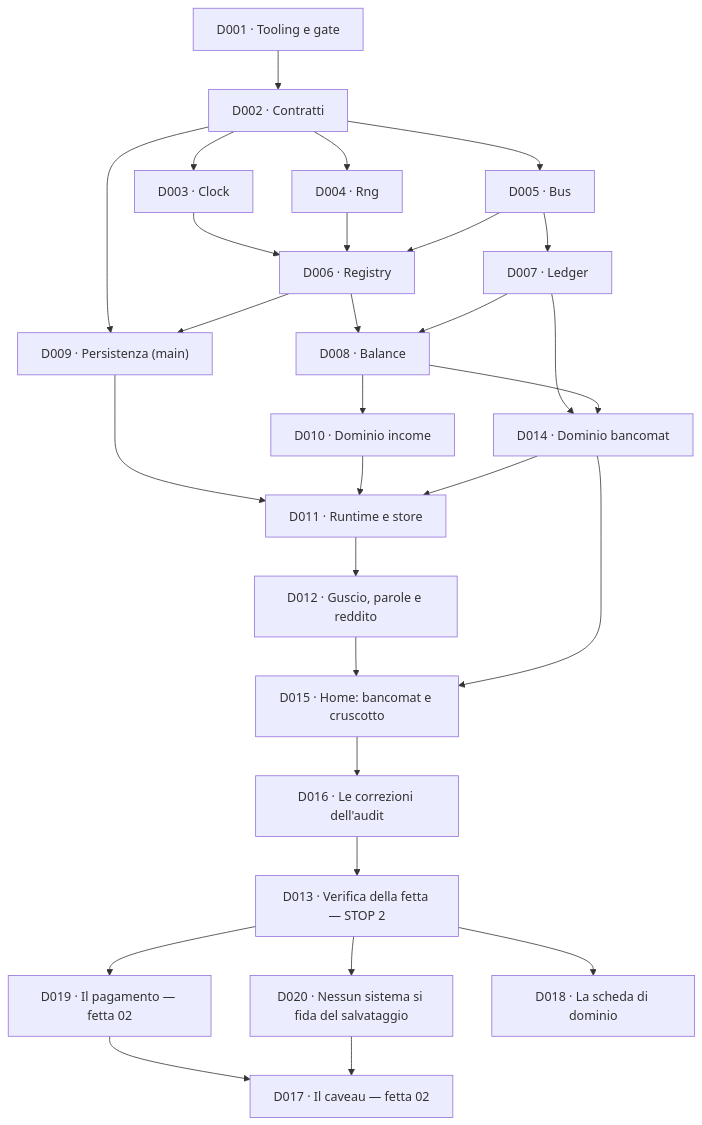
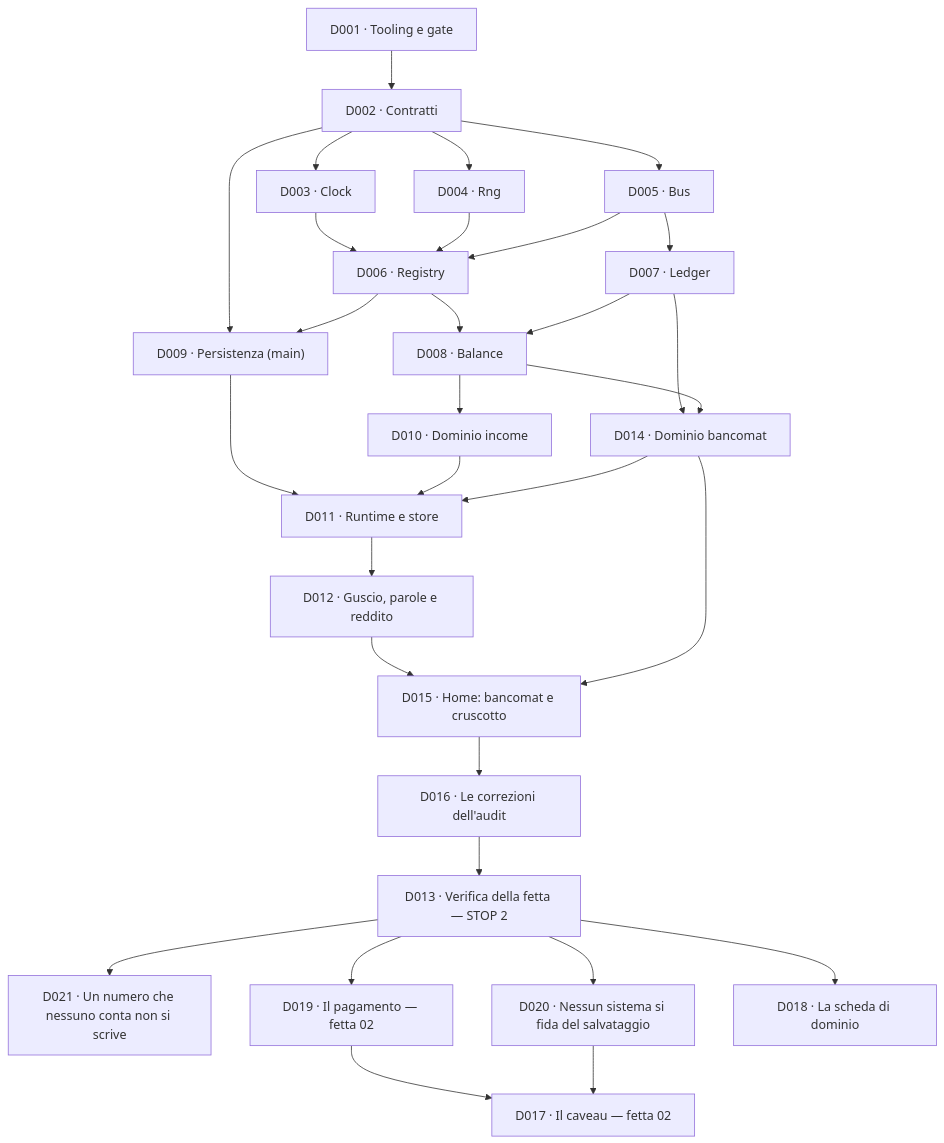
Before and after one commit to devfrx/solvent: the diagram in docs/delega/README.md, drawn with Mermaid. The commit also changed other lines of this file and 16 other files, not shown here.

First line of the commit message:
test(D021): un numero che nessuno conta non si scrive

````diff
--- a/docs/delega/README.md
+++ b/docs/delega/README.md
@@ -60,31 +60,32 @@
 ```mermaid
 flowchart TD
   D001["D001 · Tooling e gate"] --> D002["D002 · Contratti"]
   D002 --> D003["D003 · Clock"]
   D002 --> D004["D004 · Rng"]
   D002 --> D005["D005 · Bus"]
   D003 --> D006["D006 · Registry"]
   D004 --> D006
   D005 --> D006
   D005 --> D007["D007 · Ledger"]
   D006 --> D008["D008 · Balance"]
   D007 --> D008
   D002 --> D009["D009 · Persistenza (main)"]
   D006 --> D009
   D008 --> D010["D010 · Dominio income"]
   D007 --> D014["D014 · Dominio bancomat"]
   D008 --> D014
   D009 --> D011["D011 · Runtime e store"]
   D010 --> D011
   D014 --> D011
   D011 --> D012["D012 · Guscio, parole e reddito"]
   D012 --> D015["D015 · Home: bancomat e cruscotto"]
   D014 --> D015
   D015 --> D016["D016 · Le correzioni dell'audit"]
   D016 --> D013["D013 · Verifica della fetta — STOP 2"]
+  D013 --> D021["D021 · Un numero che nessuno conta non si scrive"]
   D013 --> D019["D019 · Il pagamento — fetta 02"]
   D013 --> D020["D020 · Nessun sistema si fida del salvataggio"]
   D019 --> D017["D017 · Il caveau — fetta 02"]
   D020 --> D017
   D013 --> D018["D018 · La scheda di dominio"]
 ```
````
